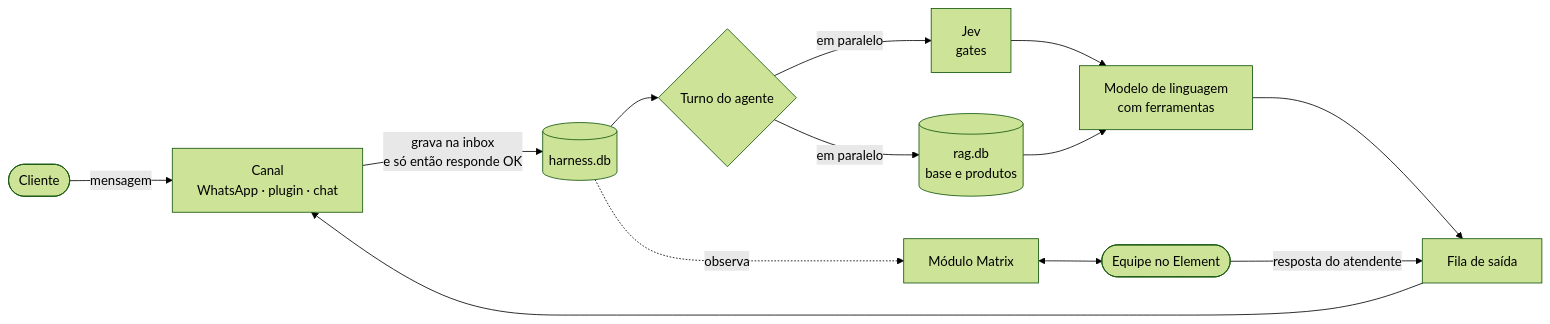
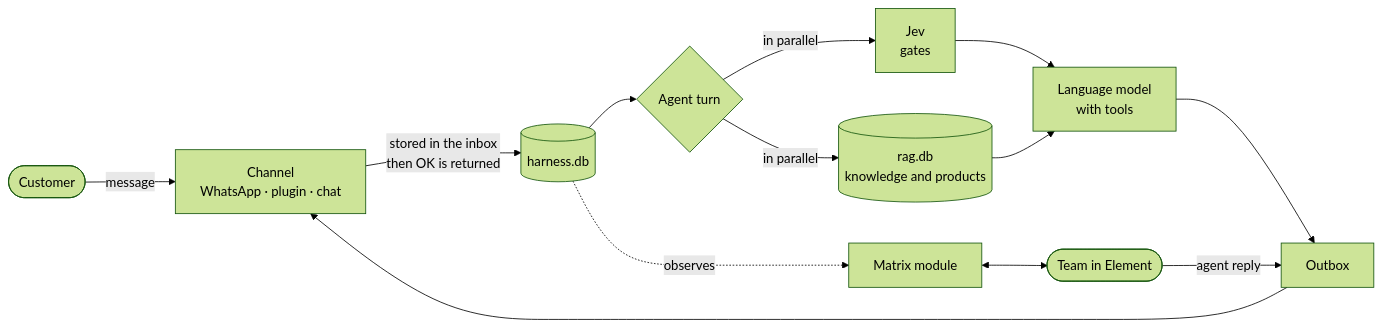
Before and after one commit to vallewillian-source/pop-harness: the diagram in README.md, drawn with Mermaid (forest theme). The commit also changed other lines of this file and 14 other files, not shown here.

````diff
--- a/README.md
+++ b/README.md
@@ -141,15 +145,15 @@
 ```mermaid
 flowchart LR
-    C([Cliente]) -->|mensagem| CH[Canal<br/>WhatsApp · plugin · chat]
-    CH -->|grava na inbox<br/>e só então responde OK| IN[(harness.db)]
-    IN --> T{Turno do agente}
-    T -->|em paralelo| J[Jev<br/>gates]
-    T -->|em paralelo| R[(rag.db<br/>base e produtos)]
-    J --> L[Modelo de linguagem<br/>com ferramentas]
+    C([Customer]) -->|message| CH[Channel<br/>WhatsApp · plugin · chat]
+    CH -->|stored in the inbox<br/>then OK is returned| IN[(harness.db)]
+    IN --> T{Agent turn}
+    T -->|in parallel| J[Jev<br/>gates]
+    T -->|in parallel| R[(rag.db<br/>knowledge and products)]
+    J --> L[Language model<br/>with tools]
     R --> L
-    L --> OUT[Fila de saída]
+    L --> OUT[Outbox]
     OUT --> CH
-    IN -. observa .-> MX[Módulo Matrix]
-    MX <--> EL([Equipe no Element])
-    EL -->|resposta do atendente| OUT
+    IN -. observes .-> MX[Matrix module]
+    MX <--> EL([Team in Element])
+    EL -->|agent reply| OUT
 ```
````
